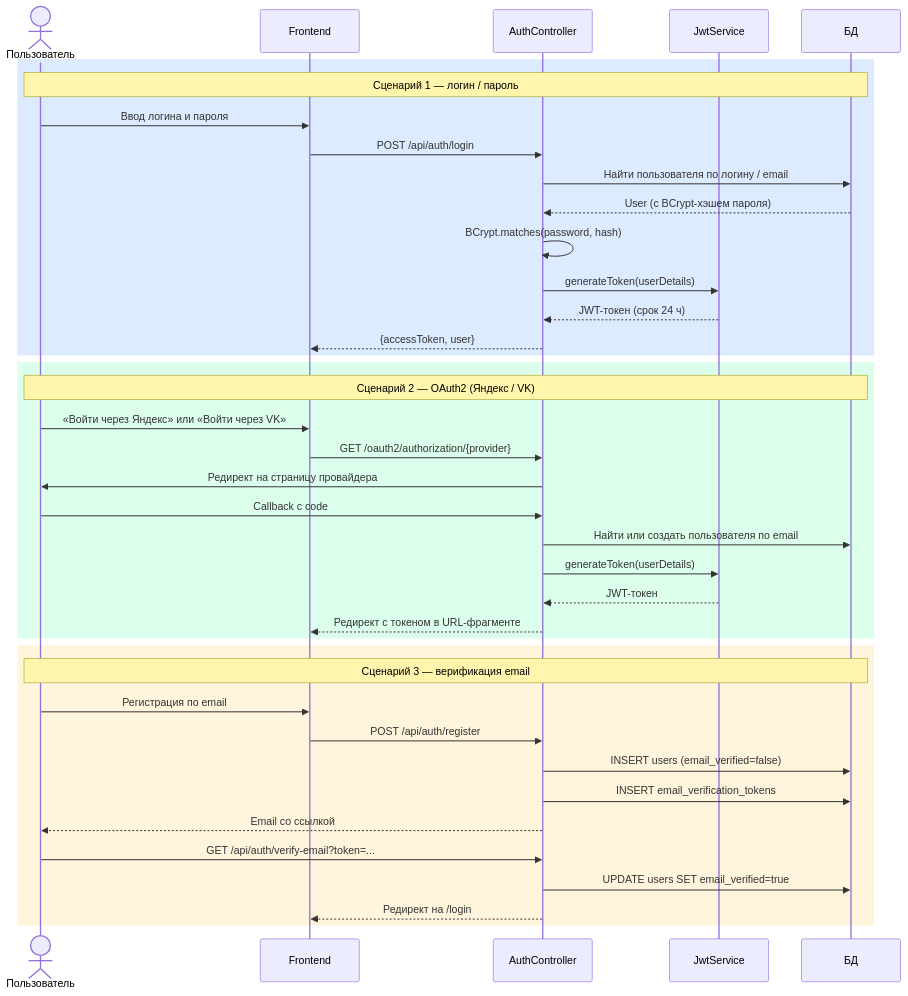
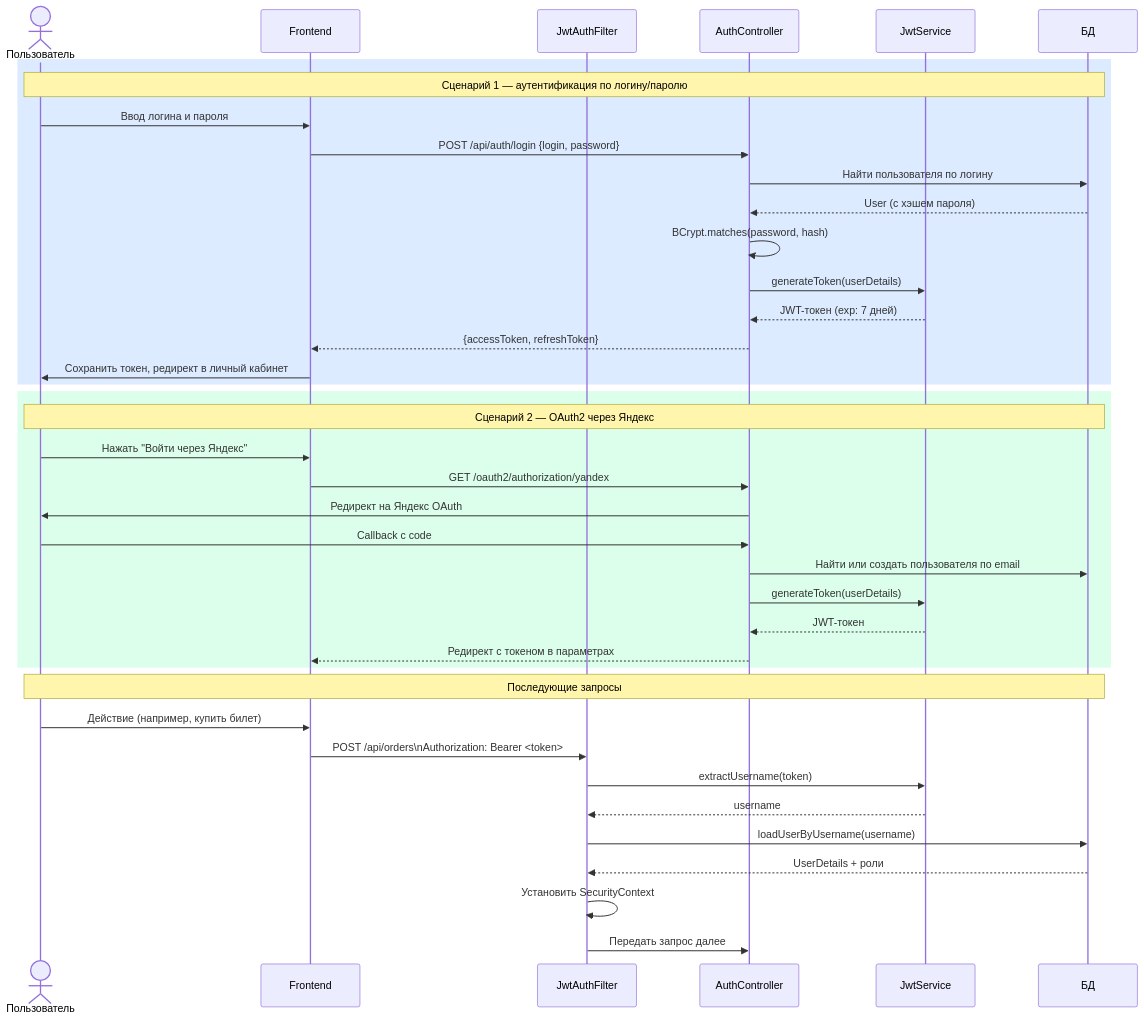
The seventh of 14 diagrams in diplom/diplom.md (akarui-shi/festival-app), drawn with Mermaid before and after one commit. The commit also changed other lines of this file, not shown here.

````diff
--- a/diplom/diplom.md
+++ b/diplom/diplom.md
@@ -1186,44 +1348,44 @@
 ```mermaid
 sequenceDiagram
-    actor Пользователь
-    participant Frontend
-    participant AuthController
-    participant JwtService
-    participant БД
+  actor Пользователь
+  participant Frontend
+  participant JwtAuthFilter
+  participant AuthController
+  participant JwtService
+  participant БД
 
-    rect rgb(220, 235, 255)
-        Note over Пользователь,БД: Сценарий 1 — логин / пароль
-        Пользователь->>Frontend: Ввод логина и пароля
-        Frontend->>AuthController: POST /api/auth/login
-        AuthController->>БД: Найти пользователя по логину / email
-        БД-->>AuthController: User (с BCrypt-хэшем пароля)
-        AuthController->>AuthController: BCrypt.matches(password, hash)
-        AuthController->>JwtService: generateToken(userDetails)
-        JwtService-->>AuthController: JWT-токен (срок 24 ч)
-        AuthController-->>Frontend: {accessToken, user}
-    end
+  rect rgb(220, 235, 255)
+    Note over Пользователь,БД: Сценарий 1 — аутентификация по логину/паролю
+    Пользователь->>Frontend: Ввод логина и пароля
+    Frontend->>AuthController: POST /api/auth/login {login, password}
+    AuthController->>БД: Найти пользователя по логину
+    БД-->>AuthController: User (с хэшем пароля)
+    AuthController->>AuthController: BCrypt.matches(password, hash)
+    AuthController->>JwtService: generateToken(userDetails)
+    JwtService-->>AuthController: JWT-токен (exp: 7 дней)
+    AuthController-->>Frontend: {accessToken, refreshToken}
+    Frontend->>Пользователь: Сохранить токен, редирект в личный кабинет
+  end
 
-    rect rgb(220, 255, 235)
-        Note over Пользователь,БД: Сценарий 2 — OAuth2 (Яндекс / VK)
-        Пользователь->>Frontend: «Войти через Яндекс» или «Войти через VK»
-        Frontend->>AuthController: GET /oauth2/authorization/{provider}
-        AuthController->>Пользователь: Редирект на страницу провайдера
-        Пользователь->>AuthController: Callback с code
-        AuthController->>БД: Найти или создать пользователя по email
-        AuthController->>JwtService: generateToken(userDetails)
-        JwtService-->>AuthController: JWT-токен
-        AuthController-->>Frontend: Редирект с токеном в URL-фрагменте
-    end
+  rect rgb(220, 255, 235)
+    Note over Пользователь,БД: Сценарий 2 — OAuth2 через Яндекс
+    Пользователь->>Frontend: Нажать "Войти через Яндекс"
+    Frontend->>AuthController: GET /oauth2/authorization/yandex
+    AuthController->>Пользователь: Редирект на Яндекс OAuth
+    Пользователь->>AuthController: Callback с code
+    AuthController->>БД: Найти или создать пользователя по email
+    AuthController->>JwtService: generateToken(userDetails)
+    JwtService-->>AuthController: JWT-токен
+    AuthController-->>Frontend: Редирект с токеном в параметрах
+  end
 
-    rect rgb(255, 245, 220)
-        Note over Пользователь,БД: Сценарий 3 — верификация email
-        Пользователь->>Frontend: Регистрация по email
-        Frontend->>AuthController: POST /api/auth/register
-        AuthController->>БД: INSERT users (email_verified=false)
-        AuthController->>БД: INSERT email_verification_tokens
-        AuthController-->>Пользователь: Email со ссылкой
-        Пользователь->>AuthController: GET /api/auth/verify-email?token=...
-        AuthController->>БД: UPDATE users SET email_verified=true
-        AuthController-->>Frontend: Редирект на /login
-    end
+  Note over Пользователь,БД: Последующие запросы
+  Пользователь->>Frontend: Действие (например, купить билет)
+  Frontend->>JwtAuthFilter: POST /api/orders\nAuthorization: Bearer <token>
+  JwtAuthFilter->>JwtService: extractUsername(token)
+  JwtService-->>JwtAuthFilter: username
+  JwtAuthFilter->>БД: loadUserByUsername(username)
+  БД-->>JwtAuthFilter: UserDetails + роли
+  JwtAuthFilter->>JwtAuthFilter: Установить SecurityContext
+  JwtAuthFilter->>AuthController: Передать запрос далее
 ```
````
